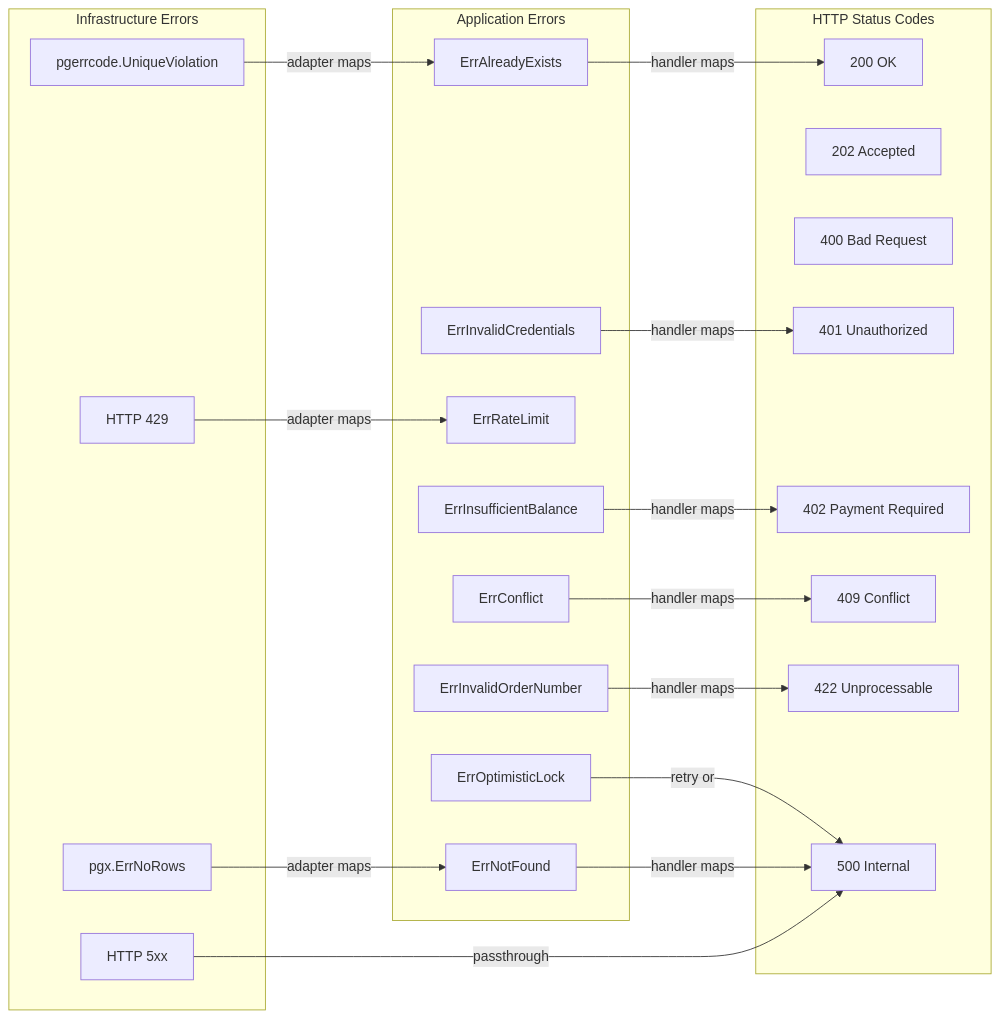
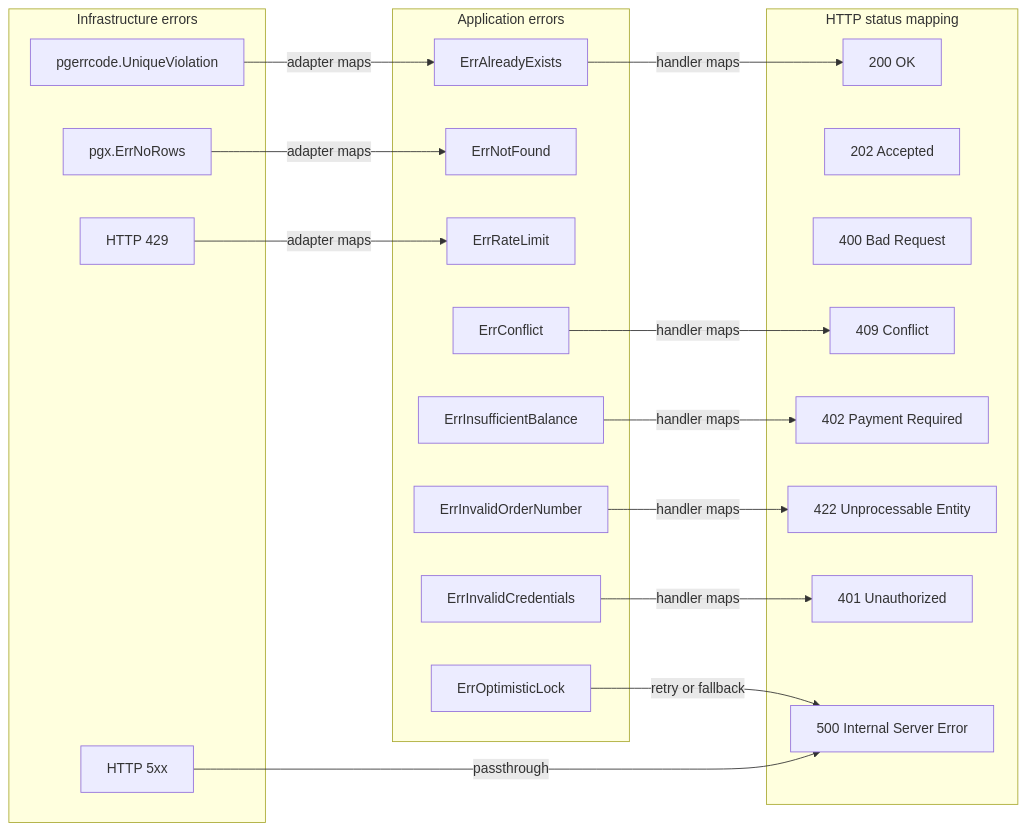
The seventh of 8 diagrams in ARCHITECTURE.md (iPatrushevSergey/gophermart), drawn with Mermaid before and after one commit. The commit also changed other lines of this file, not shown here.

First line of the commit message:
docs(architecture): update module architecture diagrams

````diff
--- a/ARCHITECTURE.md
+++ b/ARCHITECTURE.md
@@ -416,44 +436,43 @@
 ```mermaid
 graph LR
-    subgraph infra ["Infrastructure Errors"]
+    subgraph infra ["Infrastructure errors"]
         PgErr["pgerrcode.UniqueViolation"]
         PgNoRows["pgx.ErrNoRows"]
         Http429["HTTP 429"]
         HttpOther["HTTP 5xx"]
     end
 
-    subgraph app ["Application Errors"]
+    subgraph app ["Application errors"]
         AlreadyExists["ErrAlreadyExists"]
         NotFound["ErrNotFound"]
         RateLimit["ErrRateLimit"]
         Conflict["ErrConflict"]
         InsufficientBalance["ErrInsufficientBalance"]
         InvalidOrder["ErrInvalidOrderNumber"]
         InvalidCreds["ErrInvalidCredentials"]
         OptLock["ErrOptimisticLock"]
     end
 
-    subgraph http ["HTTP Status Codes"]
+    subgraph http ["HTTP status mapping"]
         S200["200 OK"]
         S202["202 Accepted"]
         S400["400 Bad Request"]
         S401["401 Unauthorized"]
         S402["402 Payment Required"]
         S409["409 Conflict"]
-        S422["422 Unprocessable"]
-        S500["500 Internal"]
+        S422["422 Unprocessable Entity"]
+        S500["500 Internal Server Error"]
     end
 
     PgErr -->|"adapter maps"| AlreadyExists
     PgNoRows -->|"adapter maps"| NotFound
     Http429 -->|"adapter maps"| RateLimit
     HttpOther -->|"passthrough"| S500
 
     AlreadyExists -->|"handler maps"| S200
     Conflict -->|"handler maps"| S409
     InvalidOrder -->|"handler maps"| S422
     InvalidCreds -->|"handler maps"| S401
     InsufficientBalance -->|"handler maps"| S402
-    NotFound -->|"handler maps"| S500
-    OptLock -->|"retry or"| S500
+    OptLock -->|"retry or fallback"| S500
 ```
````
